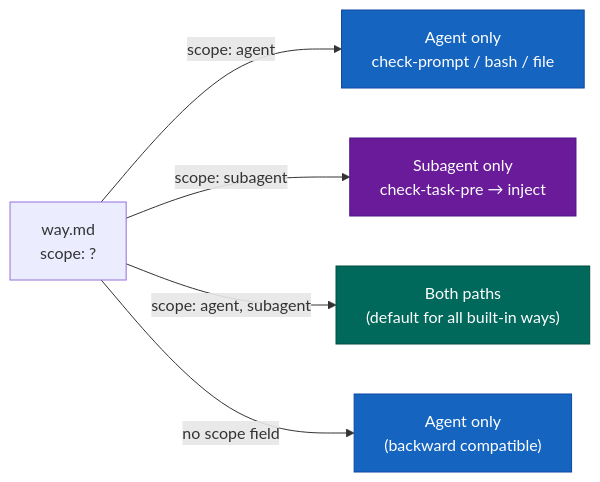
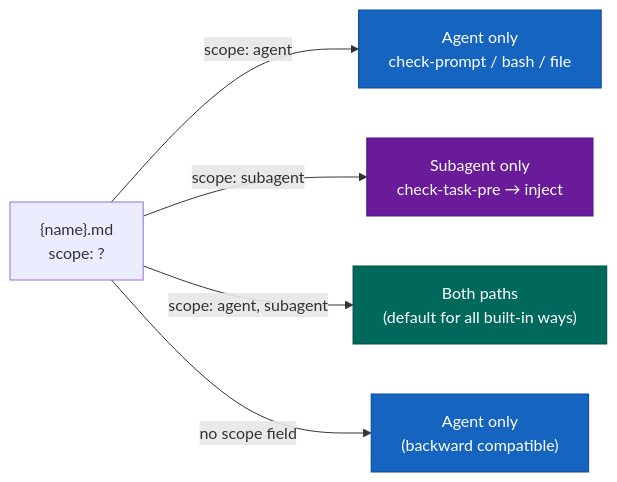
The fourth of 12 diagrams in docs/architecture.md (ctracey/claude-code-config), drawn with Mermaid before and after one commit. The commit also changed other lines of this file and 39 other files, not shown here.

First line of the commit message:
docs(ways): update all references from way.md to {name}.md (ADR-110 iter 2)

````diff
--- a/docs/architecture.md
+++ b/docs/architecture.md
@@ -152,14 +152,14 @@
 ```mermaid
 flowchart LR
     classDef agent fill:#1565C0,stroke:#0D47A1,color:#fff
     classDef sub fill:#6A1B9A,stroke:#4A148C,color:#fff
     classDef both fill:#00695C,stroke:#004D40,color:#fff
     classDef skip fill:#78909C,stroke:#546E7A,color:#fff
 
-    Way["way.md<br/>scope: ?"]
+    Way["{name}.md<br/>scope: ?"]
 
     Way -->|"scope: agent"| AG["Agent only<br/>check-prompt / bash / file"]:::agent
     Way -->|"scope: subagent"| SB["Subagent only<br/>check-task-pre → inject"]:::sub
     Way -->|"scope: agent, subagent"| BOTH["Both paths<br/>(default for all built-in ways)"]:::both
     Way -->|"no scope field"| DEF["Agent only<br/>(backward compatible)"]:::agent
 ```
````
